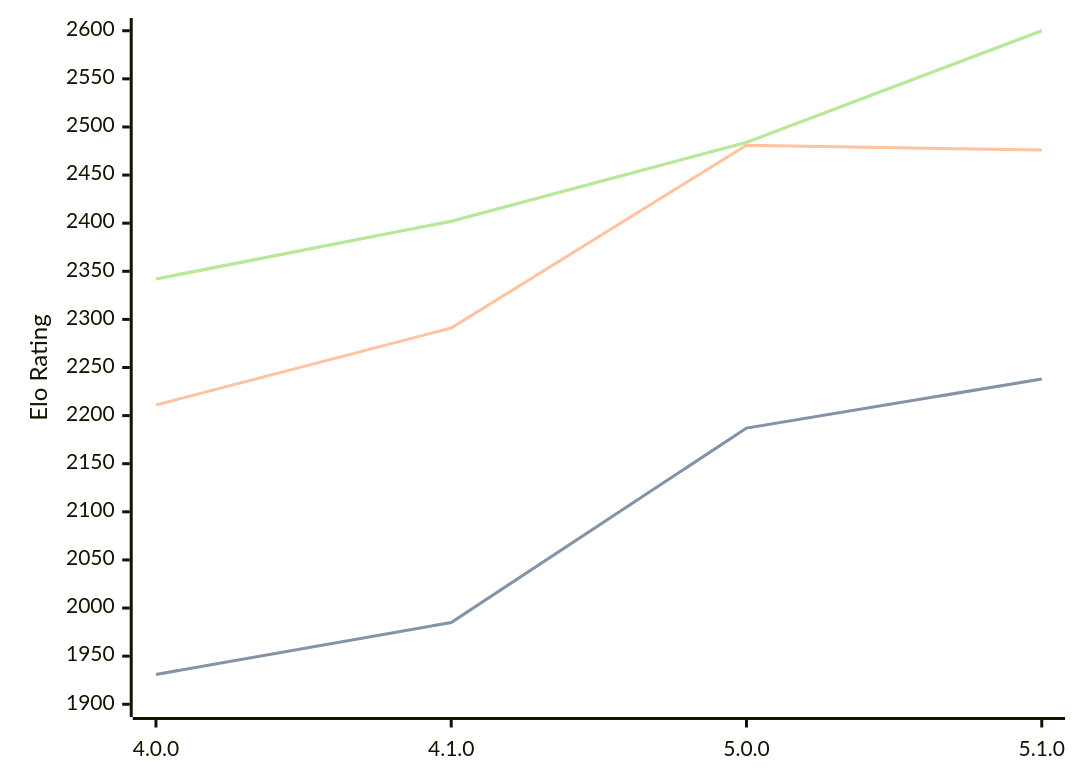
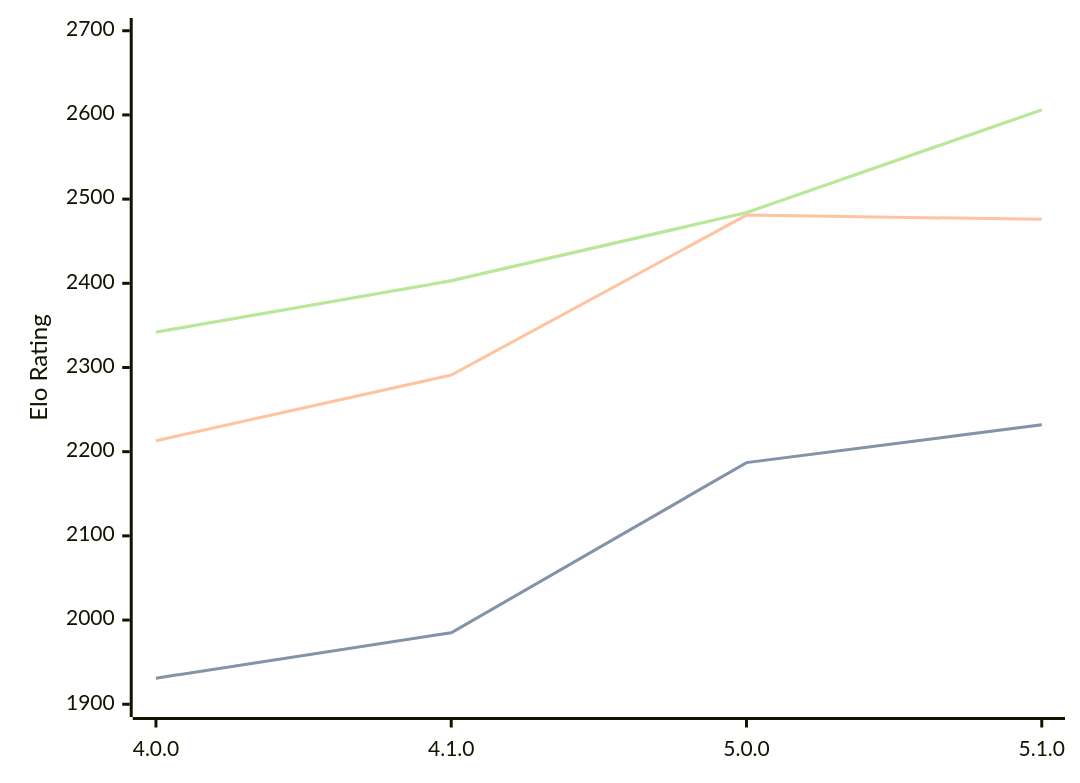
Before and after one commit to computer-chess-index/cci: the diagram in engines/Aconcagua.md, drawn with Mermaid. The commit also changed other lines of this file, not shown here.

Commit message:
Update CCI Ratings (ELO VLTC) - 2026-03-24

````diff
--- a/engines/Aconcagua.md
+++ b/engines/Aconcagua.md
@@ -43,11 +43,11 @@
 ```mermaid
 %%{init: {"theme":"base","themeVariables":{"seriesColors:['#a3a3a3','#222221','#faa371']}}}%%
 xychart-beta
   x-axis ["4.0.0", "4.1.0", "5.0.0", "5.1.0"]
-  y-axis "Elo Rating" 1900 --> 2600
-  line "STC (8.0+0.08s)" [1931, 1985, 2187, 2238]
-  line "STC (8.0+0.08s)" [1931, 1985, 2187, 2238]
-  line "LTC (60.0+0.60s)" [2211, 2291, 2481, 2476]
-  line "VLTC (2m24s+1.12s)" [2342, 2402, 2484, 2600]
-  line "VLTC (2m24s+1.12s)" [2342, 2402, 2484, 2600]
+  y-axis "Elo Rating" 1900 --> 2700
+  line "STC (8.0+0.08s)" [1931, 1985, 2187, 2232]
+  line "STC (8.0+0.08s)" [1931, 1985, 2187, 2232]
+  line "LTC (60.0+0.60s)" [2213, 2291, 2481, 2476]
+  line "VLTC (2m24s+1.12s)" [2342, 2403, 2484, 2606]
+  line "VLTC (2m24s+1.12s)" [2342, 2403, 2484, 2606]
 ```
````
